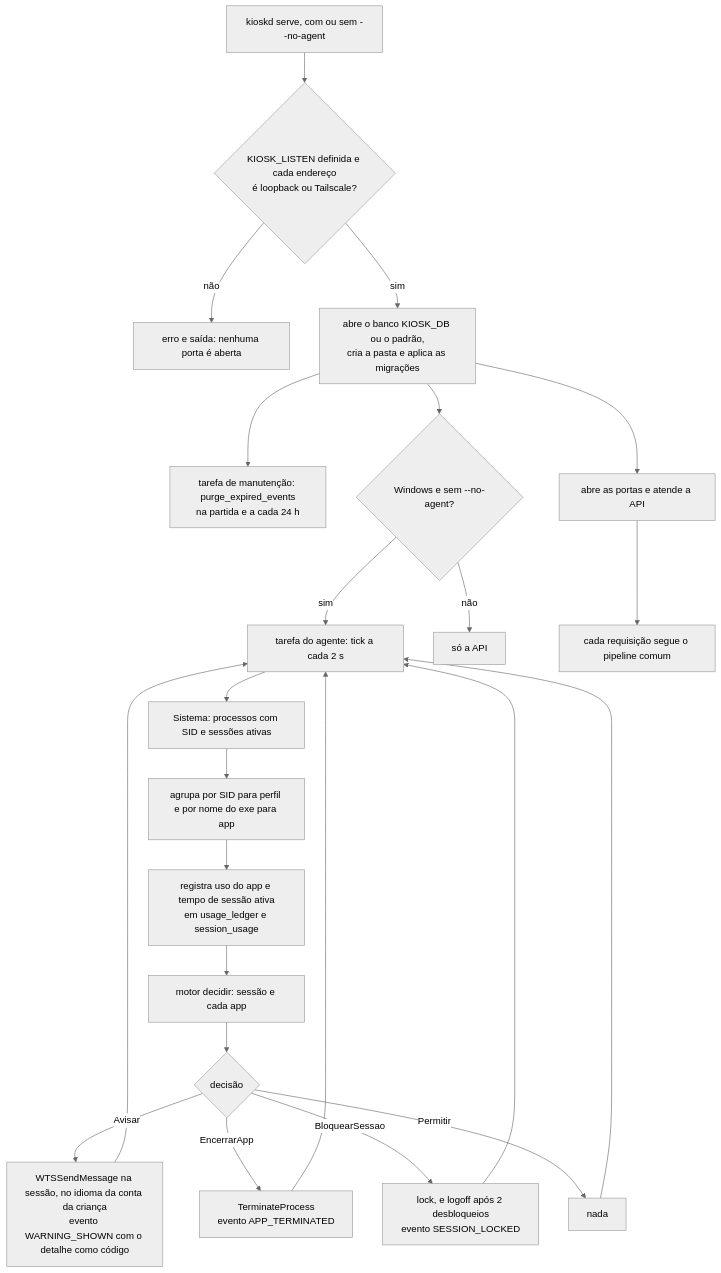
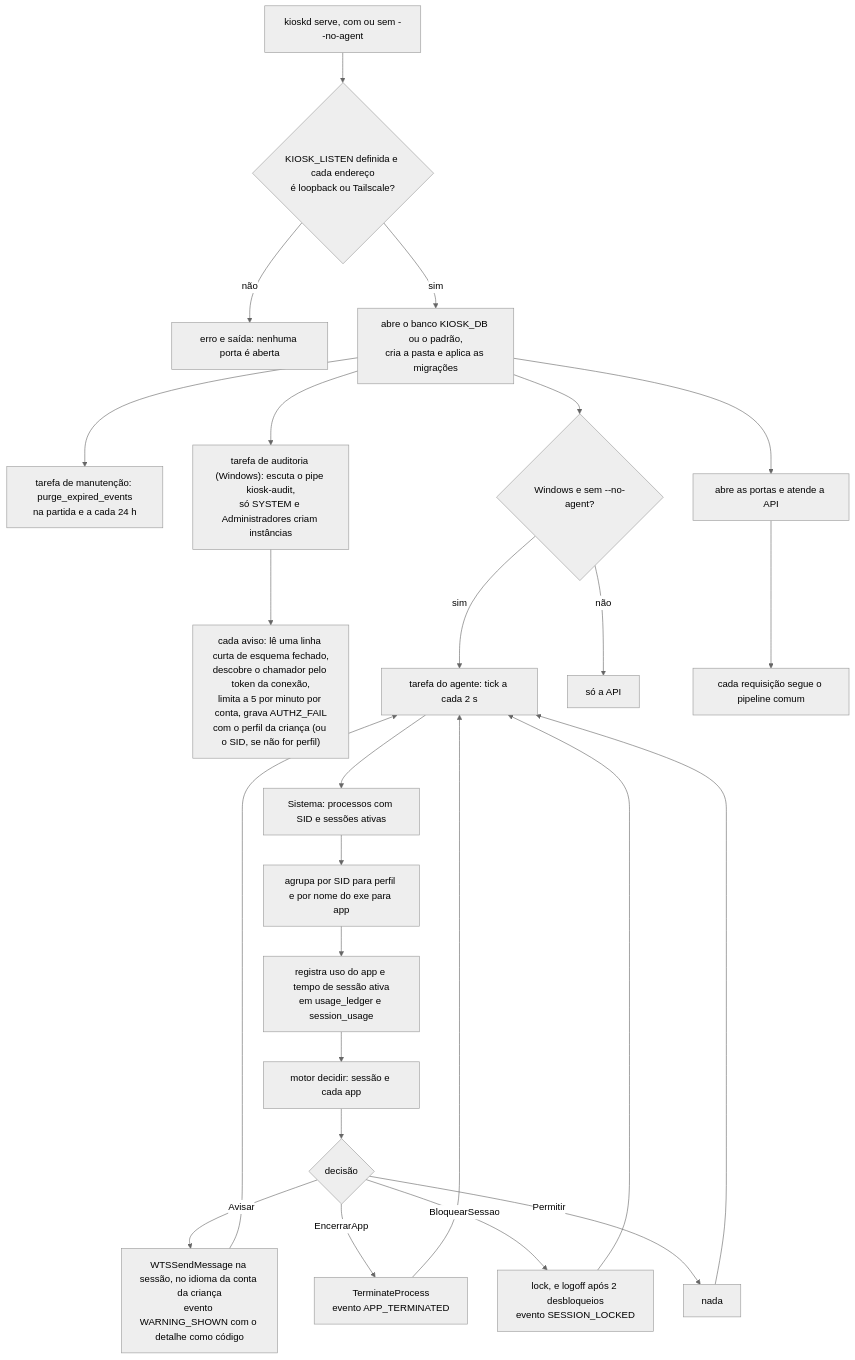
The third of 28 diagrams in docs/architecture/fluxos-dos-comandos.md (jefersonlop3s/kiosk-engine), drawn with Mermaid (neutral theme) before and after one commit. The commit also changed other lines of this file and 22 other files, not shown here.

````diff
--- a/docs/architecture/fluxos-dos-comandos.md
+++ b/docs/architecture/fluxos-dos-comandos.md
@@ -62,25 +62,27 @@
 ```mermaid
 flowchart TD
     A["kioskd serve, com ou sem --no-agent"] --> B{"KIOSK_LISTEN definida e cada endereço<br/>é loopback ou Tailscale?"}
     B -->|não| E1["erro e saída: nenhuma porta é aberta"]
     B -->|sim| C["abre o banco KIOSK_DB ou o padrão,<br/>cria a pasta e aplica as migrações"]
     C --> D["tarefa de manutenção: purge_expired_events<br/>na partida e a cada 24 h"]
+    C --> AU["tarefa de auditoria (Windows): escuta o pipe kiosk-audit,<br/>só SYSTEM e Administradores criam instâncias"]
+    AU --> AU2["cada aviso: lê uma linha curta de esquema fechado,<br/>descobre o chamador pelo token da conexão,<br/>limita a 5 por minuto por conta, grava AUTHZ_FAIL<br/>com o perfil da criança (ou o SID, se não for perfil)"]
     C --> F{"Windows e sem --no-agent?"}
     F -->|sim| G["tarefa do agente: tick a cada 2 s"]
     F -->|não| H["só a API"]
     C --> I["abre as portas e atende a API"]
     G --> T1["Sistema: processos com SID e sessões ativas"]
     T1 --> T2["agrupa por SID para perfil e por nome do exe para app"]
     T2 --> T3["registra uso do app e tempo de sessão ativa<br/>em usage_ledger e session_usage"]
     T3 --> T4["motor decidir: sessão e cada app"]
     T4 --> T5{"decisão"}
     T5 -->|Avisar| T6["WTSSendMessage na sessão, no idioma da conta da criança<br/>evento WARNING_SHOWN com o detalhe como código"]
     T5 -->|EncerrarApp| T7["TerminateProcess<br/>evento APP_TERMINATED"]
     T5 -->|BloquearSessao| T8["lock, e logoff após 2 desbloqueios<br/>evento SESSION_LOCKED"]
     T5 -->|Permitir| T9["nada"]
     T6 --> G
     T7 --> G
     T8 --> G
     T9 --> G
     I --> P["cada requisição segue o pipeline comum"]
 ```
````
